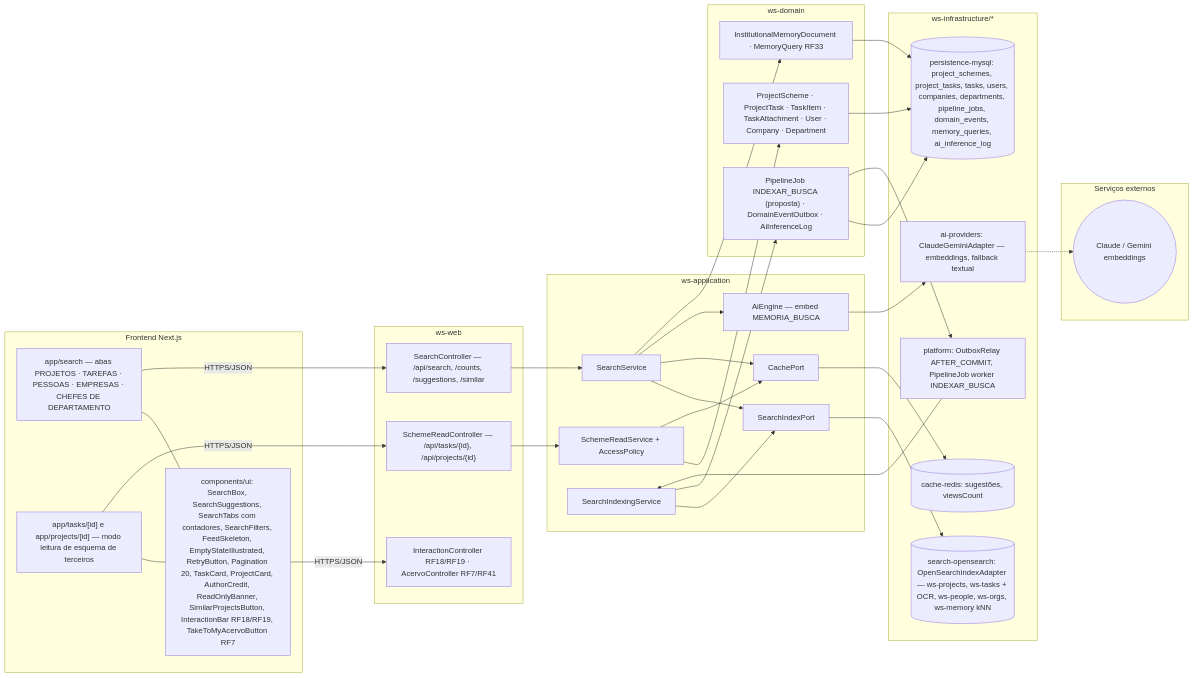
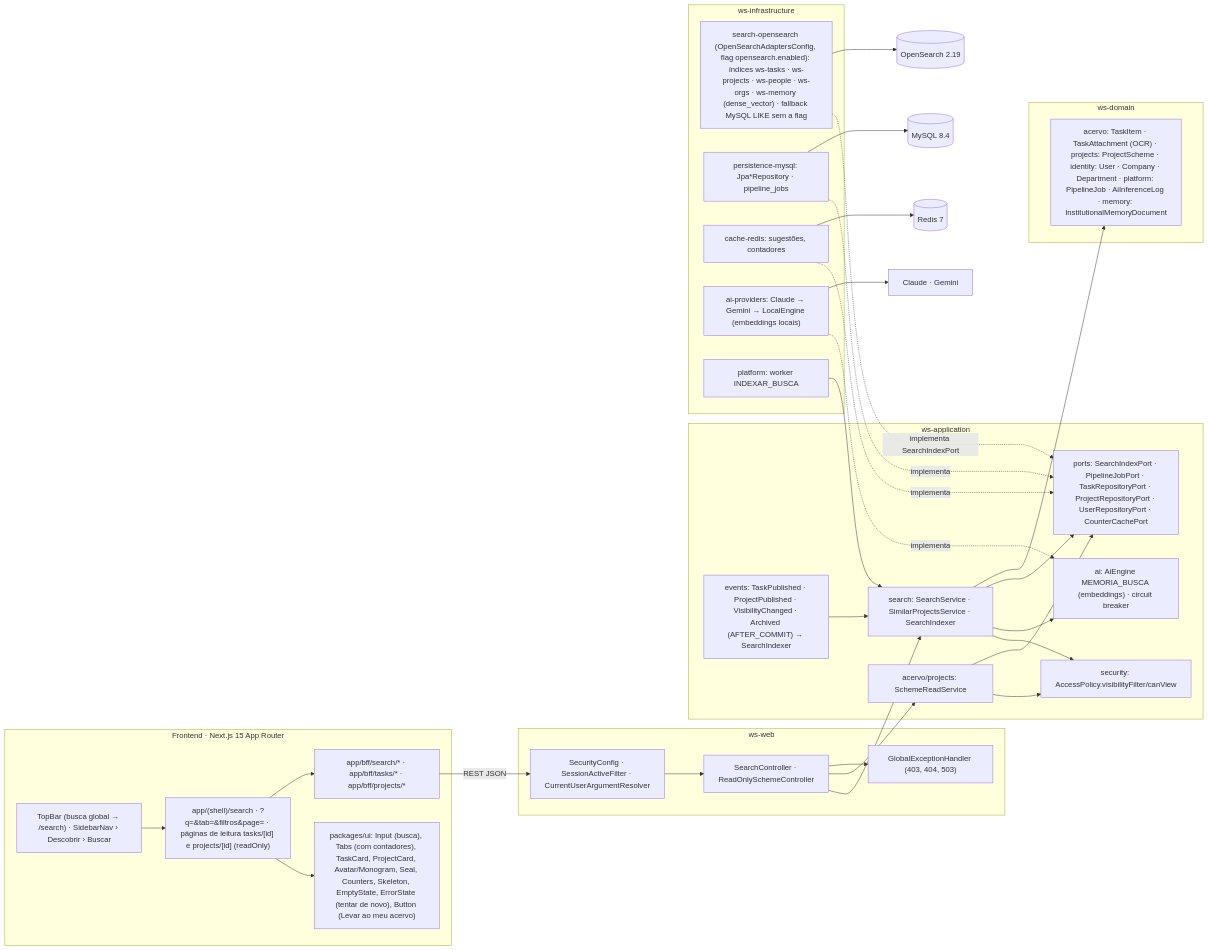
One commit to MatheusHaliski/Decia-app-2026 changed the fifth of 5 diagrams in docs/diagramas/RF17/README.md. Above: the diagram before and after it, drawn with Mermaid. The commit also changed other lines of this file and 4 other files, not shown here.

First line of the commit message:
docs(diagramas): reescreve RF16–RF20 (perfil de terceiros, Buscar, interações sociais, adequação do acervo)

````diff
--- a/docs/diagramas/RF17/README.md
+++ b/docs/diagramas/RF17/README.md
@@ -523,66 +401,55 @@
 ```mermaid
 flowchart LR
-  subgraph FE["Frontend Next.js"]
-    F1["app/search — abas PROJETOS · TAREFAS · PESSOAS · EMPRESAS · CHEFES DE DEPARTAMENTO"]
-    F2["app/tasks/[id] e app/projects/[id] — modo leitura de esquema de terceiros"]
-    F3["components/ui: SearchBox, SearchSuggestions, SearchTabs com contadores, SearchFilters, FeedSkeleton, EmptyStateIllustrated, RetryButton, Pagination 20, TaskCard, ProjectCard, AuthorCredit, ReadOnlyBanner, SimilarProjectsButton, InteractionBar RF18/RF19, TakeToMyAcervoButton RF7"]
+  subgraph FE["Frontend · Next.js 15 App Router"]
+    PG["app/(shell)/search · ?q=&tab=&filtros&page= · páginas de leitura tasks/[id] e projects/[id] (readOnly)"]
+    UI["packages/ui: Input (busca), Tabs (com contadores), TaskCard, ProjectCard, Avatar/Monogram, Seal, Counters, Skeleton, EmptyState, ErrorState (tentar de novo), Button (Levar ao meu acervo)"]
+    SN["TopBar (busca global → /search) · SidebarNav › Descobrir › Buscar"]
+    BFF["app/bff/search/* · app/bff/tasks/* · app/bff/projects/*"]
+    PG --> UI
+    PG --> BFF
+    SN --> PG
+  end
+  subgraph WSWEB["ws-web"]
+    SEC["SecurityConfig · SessionActiveFilter · CurrentUserArgumentResolver"]
+    SC["SearchController · ReadOnlySchemeController"]
+    GEH["GlobalExceptionHandler (403, 404, 503)"]
+  end
+  subgraph WSAPP["ws-application"]
+    SRCH["search: SearchService · SimilarProjectsService · SearchIndexer"]
+    RD["acervo/projects: SchemeReadService"]
+    AIE["ai: AiEngine MEMORIA_BUSCA (embeddings) · circuit breaker"]
+    SECU["security: AccessPolicy.visibilityFilter/canView"]
+    PORTS["ports: SearchIndexPort · PipelineJobPort · TaskRepositoryPort · ProjectRepositoryPort · UserRepositoryPort · CounterCachePort"]
+    EVT["events: TaskPublished · ProjectPublished · VisibilityChanged · Archived (AFTER_COMMIT) → SearchIndexer"]
+    SRCH --> SECU
+    SRCH --> AIE
+    SRCH --> PORTS
+    RD --> SECU
+    RD --> PORTS
+    EVT --> SRCH
+  end
+  subgraph WSDOM["ws-domain"]
+    DOM["acervo: TaskItem · TaskAttachment (OCR) · projects: ProjectScheme · identity: User · Company · Department · platform: PipelineJob · AiInferenceLog · memory: InstitutionalMemoryDocument"]
+  end
+  subgraph INFRA["ws-infrastructure"]
+    OSE["search-opensearch (OpenSearchAdaptersConfig, flag opensearch.enabled): índices ws-tasks · ws-projects · ws-people · ws-orgs · ws-memory (dense_vector) · fallback MySQL LIKE sem a flag"]
+    MY["persistence-mysql: Jpa*Repository · pipeline_jobs"]
+    RDS["cache-redis: sugestões, contadores"]
+    AIP["ai-providers: Claude → Gemini → LocalEngine (embeddings locais)"]
+    PLT["platform: worker INDEXAR_BUSCA"]
   end
 
-  subgraph WEB["ws-web"]
-    C1["SearchController — /api/search, /counts, /suggestions, /similar"]
-    C2["SchemeReadController — /api/tasks/{id}, /api/projects/{id}"]
-    C3["InteractionController RF18/RF19 · AcervoController RF7/RF41"]
-  end
-
-  subgraph APP["ws-application"]
-    S1["SearchService"]
-    S2["SchemeReadService + AccessPolicy"]
-    S3["SearchIndexingService"]
-    S4["AiEngine — embed MEMORIA_BUSCA"]
-    P1["SearchIndexPort"]
-    P2["CachePort"]
-  end
-
-  subgraph DOM["ws-domain"]
-    D1["ProjectScheme · ProjectTask · TaskItem · TaskAttachment · User · Company · Department"]
-    D2["InstitutionalMemoryDocument · MemoryQuery RF33"]
-    D3["PipelineJob INDEXAR_BUSCA (proposta) · DomainEventOutbox · AiInferenceLog"]
-  end
-
-  subgraph INFRA["ws-infrastructure/*"]
-    I1[("search-opensearch: OpenSearchIndexAdapter — ws-projects, ws-tasks + OCR, ws-people, ws-orgs, ws-memory kNN")]
-    I2[("persistence-mysql: project_schemes, project_tasks, tasks, users, companies, departments, pipeline_jobs, domain_events, memory_queries, ai_inference_log")]
-    I3[("cache-redis: sugestões, viewsCount")]
-    I4["ai-providers: ClaudeGeminiAdapter — embeddings, fallback textual"]
-    I5["platform: OutboxRelay AFTER_COMMIT, PipelineJob worker INDEXAR_BUSCA"]
-  end
-
-  subgraph EXT["Serviços externos"]
-    E1(("Claude / Gemini embeddings"))
-  end
-
-  F1 --- F3
-  F2 --- F3
-  F1 -->|"HTTPS/JSON"| C1
-  F2 -->|"HTTPS/JSON"| C2
-  F3 -->|"HTTPS/JSON"| C3
-  C1 --> S1
-  C2 --> S2
-  S1 --> P1
-  S1 --> P2
-  S1 --> S4
-  S1 --> D2
-  S2 --> D1
-  S2 --> P2
-  S3 --> P1
-  S3 --> D3
-  D1 --> I2
-  D2 --> I2
-  D3 --> I2
-  D3 --> I5
-  I5 --> S3
-  P1 --> I1
-  P2 --> I3
-  S4 --> I4
-  I4 -.-> E1
+  BFF -->|"REST JSON"| SEC --> SC --> SRCH
+  SC --> RD
+  SC --> GEH
+  OSE -.implementa SearchIndexPort.-> PORTS
+  MY -.implementa.-> PORTS
+  RDS -.implementa.-> PORTS
+  AIP -.implementa.-> AIE
+  PLT --> SRCH
+  SRCH --> DOM
+  OSE --> OSX[("OpenSearch 2.19")]
+  MY --> DB[("MySQL 8.4")]
+  RDS --> RDX[("Redis 7")]
+  AIP --> CL["Claude · Gemini"]
 ```
````
